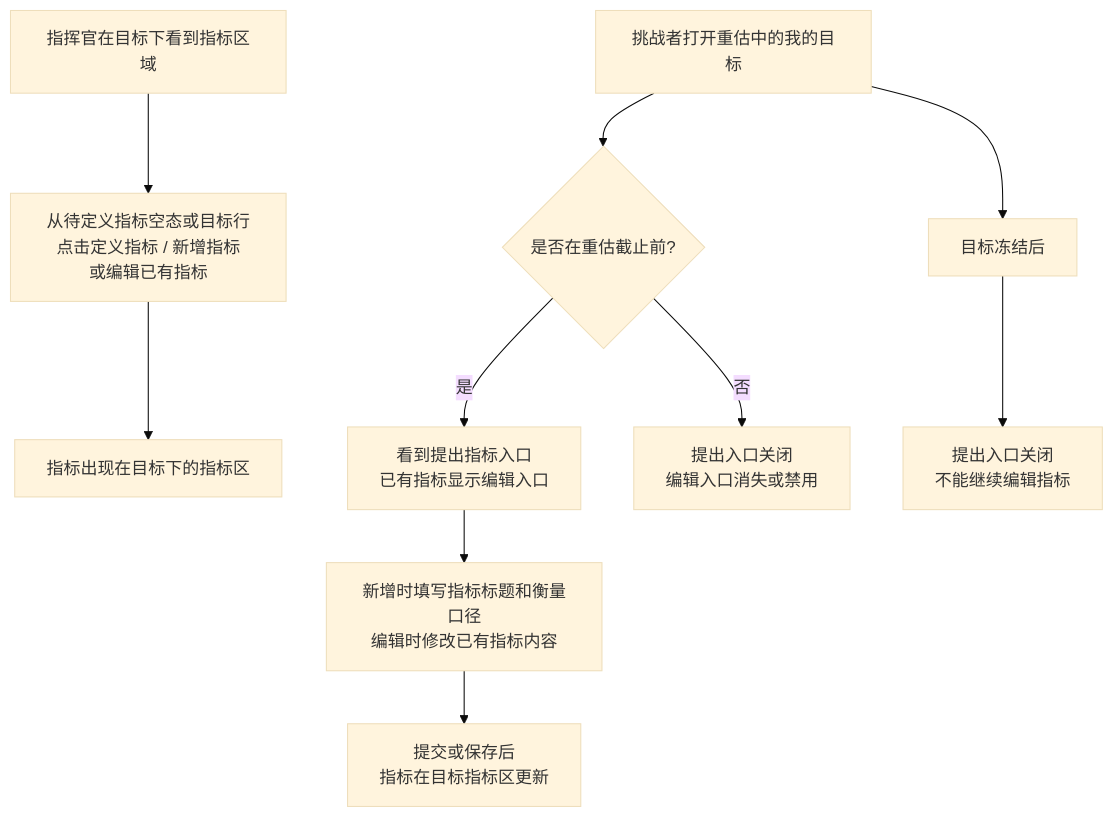
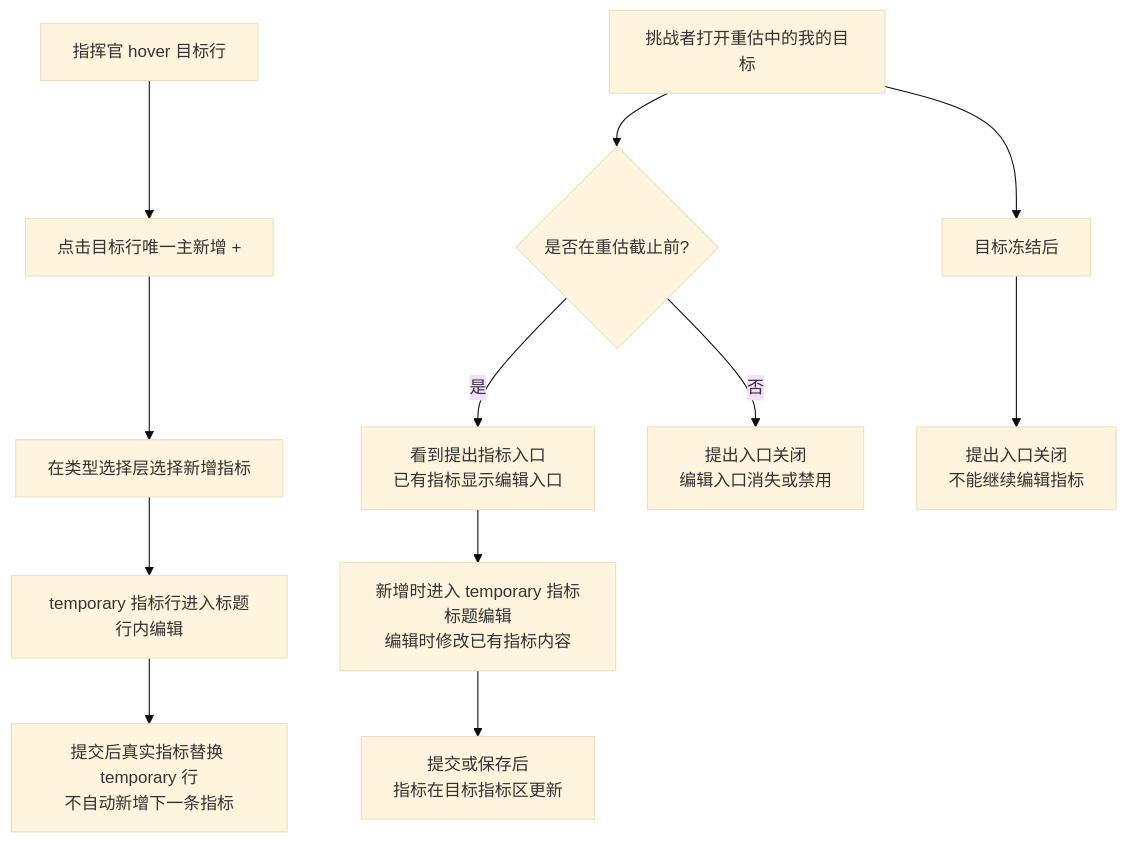
The fifth of 7 diagrams in docs/frontend/ORF 前端流程测试.md (xueyu888/ORF), drawn with Mermaid (base theme) before and after one commit. The commit also changed other lines of this file and 22 other files, not shown here.

````diff
--- a/docs/frontend/ORF 前端流程测试.md
+++ b/docs/frontend/ORF 前端流程测试.md
@@ -215,12 +215,14 @@
 ```mermaid
 flowchart TD
-  A1[指挥官在目标下看到指标区域] --> A2[从待定义指标空态或目标行点击定义指标 / 新增指标<br/>或编辑已有指标]
-  A2 --> A3[指标出现在目标下的指标区]
+  A1[指挥官 hover 目标行] --> A2[点击目标行唯一主新增 +]
+  A2 --> A3[在类型选择层选择新增指标]
+  A3 --> A4[temporary 指标行进入标题行内编辑]
+  A4 --> A5[提交后真实指标替换 temporary 行<br/>不自动新增下一条指标]
   B1[挑战者打开重估中的我的目标] --> B2{是否在重估截止前?}
   B2 -->|是| B3[看到提出指标入口<br/>已有指标显示编辑入口]
-  B3 --> B4[新增时填写指标标题和衡量口径<br/>编辑时修改已有指标内容]
+  B3 --> B4[新增时进入 temporary 指标标题编辑<br/>编辑时修改已有指标内容]
   B4 --> B5[提交或保存后<br/>指标在目标指标区更新]
   B2 -->|否| C1[提出入口关闭<br/>编辑入口消失或禁用]
   B1 --> D1[目标冻结后]
   D1 --> D2[提出入口关闭<br/>不能继续编辑指标]
 ```
````
